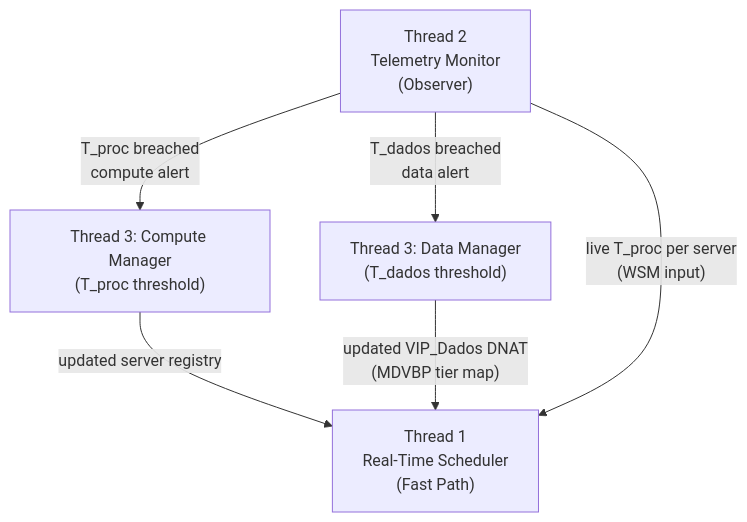
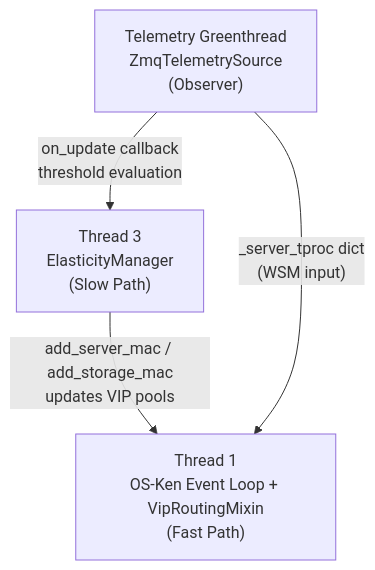
Before and after one commit to poioe20p/efficient-storage-in-edge-scenarios: the first of 7 diagrams in docs/operation/system_mechanisms.md, drawn with Mermaid. The commit also changed other lines of this file and 47 other files, not shown here.

Commit message:
vip routing working

````diff
--- a/docs/operation/system_mechanisms.md
+++ b/docs/operation/system_mechanisms.md
@@ -39,13 +37,10 @@
 ```mermaid
-                                                                                                                                                           graph TD
-    T1["Thread 1<br/>Real-Time Scheduler<br/>(Fast Path)"]
-    T2["Thread 2<br/>Telemetry Monitor<br/>(Observer)"]
-    T3C["Thread 3: Compute Manager<br/>(T_proc threshold)"]
-    T3D["Thread 3: Data Manager<br/>(T_dados threshold)"]
+graph TD
+    T1["Thread 1<br/>OS-Ken Event Loop + VipRoutingMixin<br/>(Fast Path)"]
+    T2["Telemetry Greenthread<br/>ZmqTelemetrySource<br/>(Observer)"]
+    T3["Thread 3<br/>ElasticityManager<br/>(Slow Path)"]
 
-    T2 -->|"T_proc breached<br/>compute alert"| T3C
-    T2 -->|"T_dados breached<br/>data alert"| T3D
-    T3C -->|"updated server registry"| T1
-    T3D -->|"updated VIP_Dados DNAT<br/>(MDVBP tier map)"| T1
-    T2 -->|"live T_proc per server<br/>(WSM input)"| T1
+    T2 -->|"on_update callback<br/>threshold evaluation"| T3
+    T3 -->|"add_server_mac / add_storage_mac<br/>updates VIP pools"| T1
+    T2 -->|"_server_tproc dict<br/>(WSM input)"| T1
 ```
````
